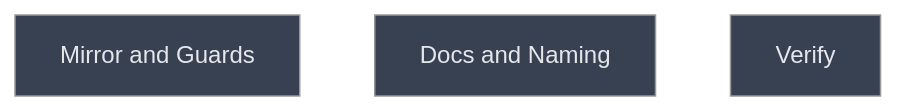
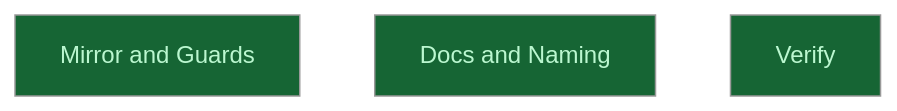
One commit to CrackingShells/colgrep-mcp changed the diagram in __roadmap__/hook_namespace/README.md. Above: the diagram before and after it, drawn with Mermaid (neutral theme). The commit also changed other lines of this file and 1 other file, not shown here.

Commit message:
chore(roadmap): close hook_namespace with its three leaves done
Board statuses written by dirtree-rdm only: both lead-sized leaves and
the probe level are done, their gates green (mutation log in the leaf,
install oracle in the probe findings).

````diff
--- a/__roadmap__/hook_namespace/README.md
+++ b/__roadmap__/hook_namespace/README.md
@@ -34,11 +34,11 @@
 ```mermaid
 graph TD
-    mirror_and_guards[Mirror and Guards]:::planned
-    docs_and_naming[Docs and Naming]:::planned
-    verify[Verify]:::planned
+    mirror_and_guards[Mirror and Guards]:::done
+    docs_and_naming[Docs and Naming]:::done
+    verify[Verify]:::done
     classDef done       fill:#166534,color:#bbf7d0
     classDef inprogress fill:#854d0e,color:#fef08a
     classDef planned    fill:#374151,color:#e5e7eb
     classDef amendment  fill:#1e3a5f,color:#bfdbfe
     classDef blocked    fill:#7f1d1d,color:#fecaca
 ```
````
